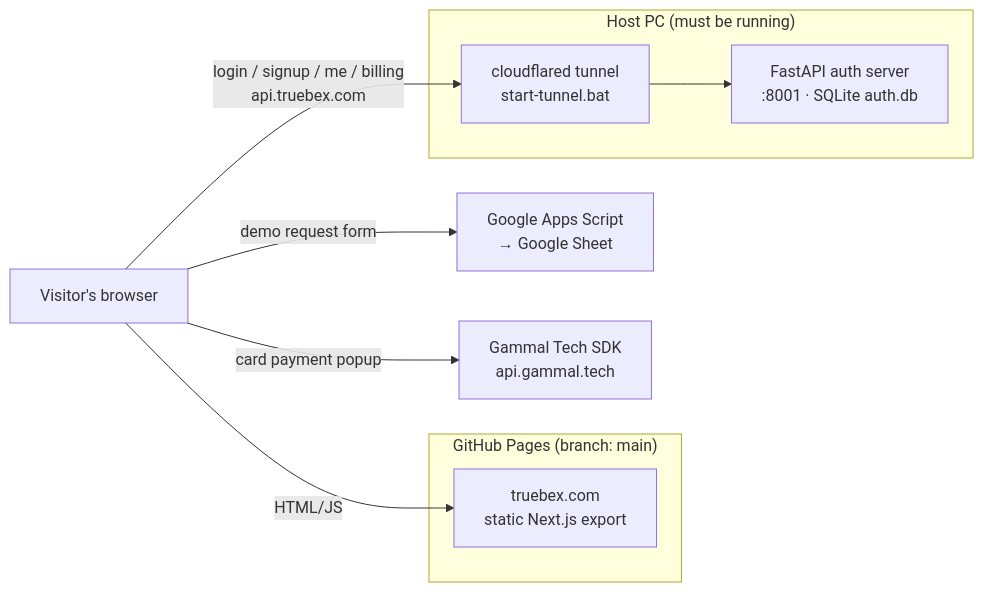
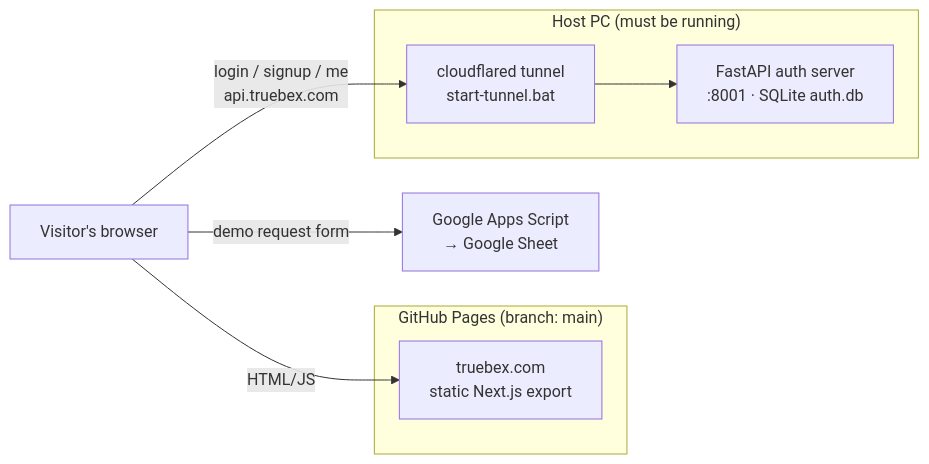
Before and after one commit to dr99tm/Truebex: the diagram in README.md, drawn with Mermaid. The commit also changed other lines of this file and 12 other files, not shown here.

First line of the commit message:
feat: remove Gammal Tech payments entirely

````diff
--- a/README.md
+++ b/README.md
@@ -34,22 +34,20 @@
 ```mermaid
 flowchart LR
     Browser["Visitor's browser"]
 
     subgraph GH["GitHub Pages (branch: main)"]
         Site["truebex.com<br/>static Next.js export"]
     end
 
     subgraph PC["Host PC (must be running)"]
         Tunnel["cloudflared tunnel<br/>start-tunnel.bat"]
         API["FastAPI auth server<br/>:8001 · SQLite auth.db"]
         Tunnel --> API
     end
 
     Sheets["Google Apps Script<br/>→ Google Sheet"]
-    Gammal["Gammal Tech SDK<br/>api.gammal.tech"]
 
     Browser -->|HTML/JS| Site
-    Browser -->|"login / signup / me / billing<br/>api.truebex.com"| Tunnel
+    Browser -->|"login / signup / me<br/>api.truebex.com"| Tunnel
     Browser -->|demo request form| Sheets
-    Browser -->|card payment popup| Gammal
 ```
````
